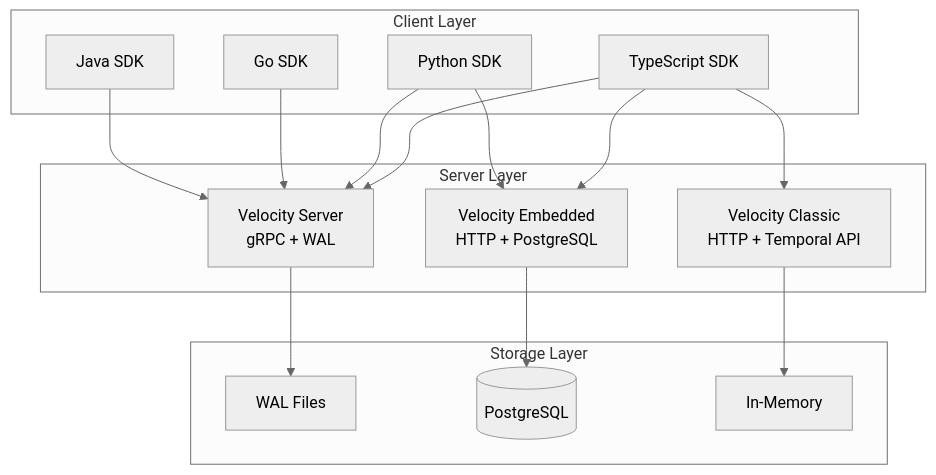
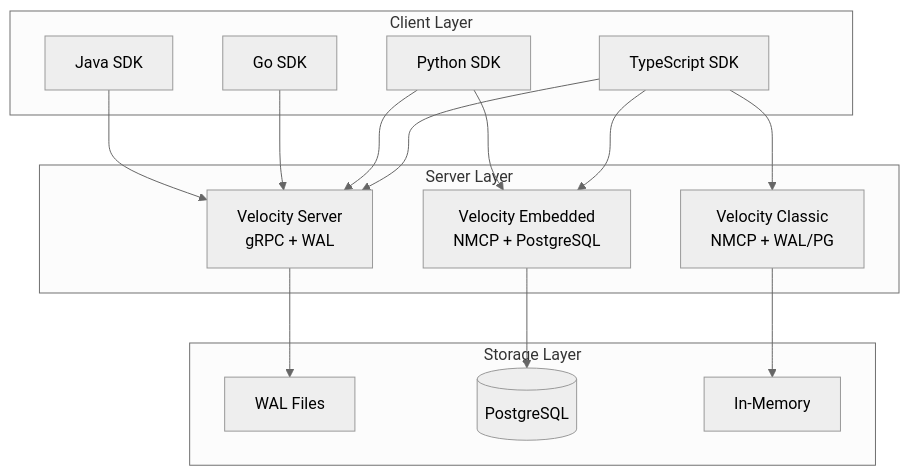
One commit to UnitBuilds-CC/V.E.L.O.C.I.T.Y.-WorkFlow changed the second of 2 diagrams in .qoder/repowiki/en/content/Getting Started.md. Above: the diagram before and after it, drawn with Mermaid (neutral theme). The commit also changed other lines of this file and 18 other files, not shown here.

````diff
--- a/.qoder/repowiki/en/content/Getting Started.md
+++ b/.qoder/repowiki/en/content/Getting Started.md
@@ -138,33 +148,33 @@
 ```mermaid
 graph TB
     subgraph "Client Layer"
         C1[TypeScript SDK]
         C2[Python SDK]
         C3[Go SDK]
         C4[Java SDK]
     end
     
     subgraph "Server Layer"
         S1[Velocity Server<br/>gRPC + WAL]
-        S2[Velocity Embedded<br/>HTTP + PostgreSQL]
-        S3[Velocity Classic<br/>HTTP + Temporal API]
+        S2[Velocity Embedded<br/>NMCP + PostgreSQL]
+        S3[Velocity Classic<br/>NMCP + WAL/PG]
     end
     
     subgraph "Storage Layer"
         ST1[WAL Files]
         ST2[(PostgreSQL)]
         ST3[In-Memory]
     end
     
     C1 --> S1
     C1 --> S2
     C1 --> S3
     C2 --> S1
     C2 --> S2
     C3 --> S1
     C4 --> S1
     
     S1 --> ST1
     S2 --> ST2
     S3 --> ST3
 ```
````
